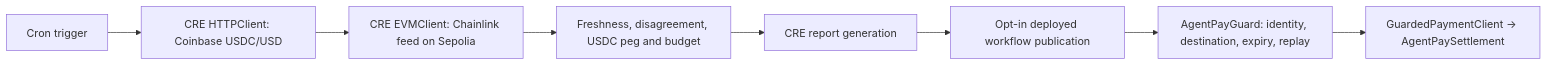
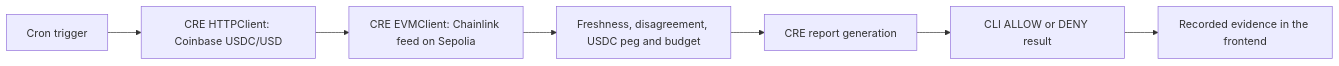
The diagram in README.md (ola-893/agentPay), drawn with Mermaid before and after one commit. The commit also changed other lines of this file and 10 other files, not shown here.

Commit message:
chore(cre): scope workflow to local simulation and retire DON payment test

````diff
--- a/README.md
+++ b/README.md
@@ -13,10 +13,9 @@
 ```mermaid
 flowchart LR
   A[Cron trigger] --> B[CRE HTTPClient: Coinbase USDC/USD]
   B --> C[CRE EVMClient: Chainlink feed on Sepolia]
   C --> D[Freshness, disagreement, USDC peg and budget]
   D --> E[CRE report generation]
-  E --> F[Opt-in deployed workflow publication]
-  F --> G[AgentPayGuard: identity, destination, expiry, replay]
-  G --> H[GuardedPaymentClient → AgentPaySettlement]
+  E --> F[CLI ALLOW or DENY result]
+  F --> G[Recorded evidence in the frontend]
 ```
````
